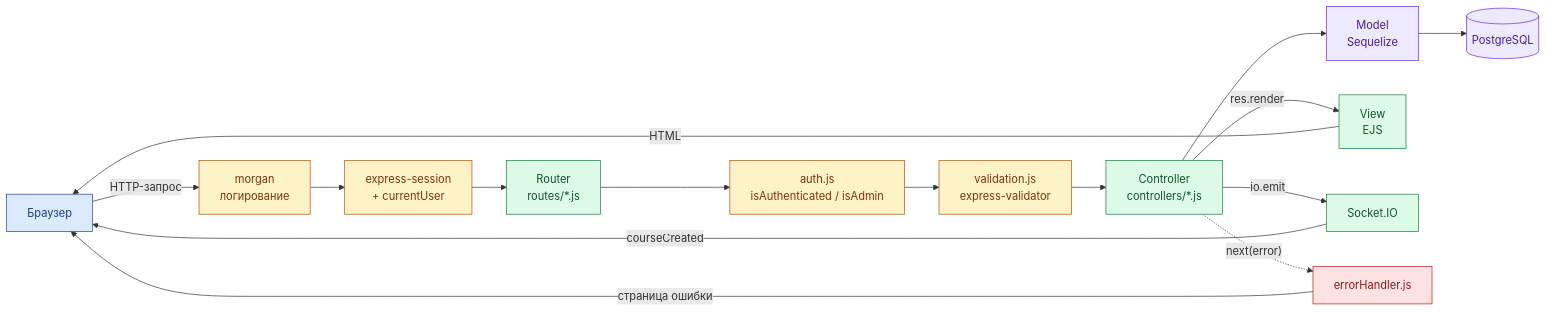
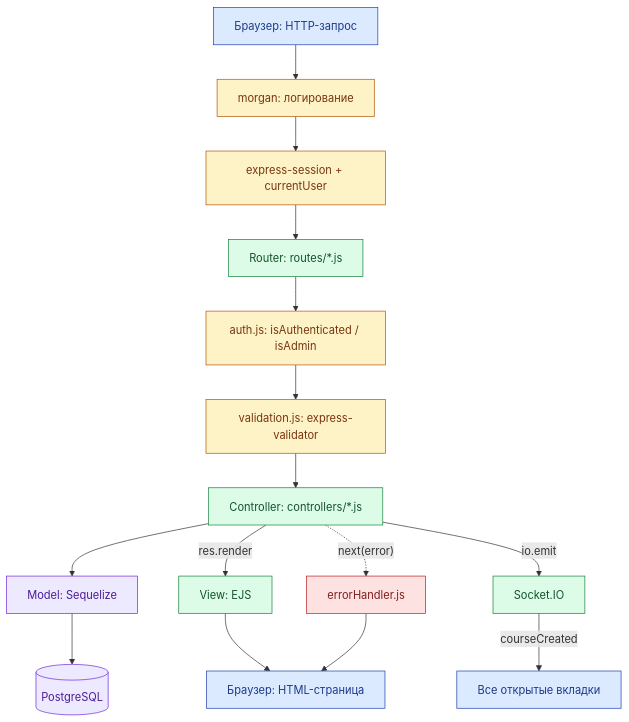
Before and after one commit to AlinaZabolotnaia/Server-Side-Applications: the first of 3 diagrams in individual_work/README.md, drawn with Mermaid.

Commit message:
Make individual work architecture diagram vertical

````diff
--- a/individual_work/README.md
+++ b/individual_work/README.md
@@ -71,28 +71,28 @@
 ```mermaid
-flowchart LR
-    B["Браузер"] -->|HTTP-запрос| L["morgan<br/>логирование"]
-    L --> S["express-session<br/>+ currentUser"]
-    S --> R["Router<br/>routes/*.js"]
-    R --> A["auth.js<br/>isAuthenticated / isAdmin"]
-    A --> V["validation.js<br/>express-validator"]
-    V --> C["Controller<br/>controllers/*.js"]
-    C --> M["Model<br/>Sequelize"]
+flowchart TB
+    B["Браузер: HTTP-запрос"] --> L["morgan: логирование"]
+    L --> S["express-session + currentUser"]
+    S --> R["Router: routes/*.js"]
+    R --> A["auth.js: isAuthenticated / isAdmin"]
+    A --> V["validation.js: express-validator"]
+    V --> C["Controller: controllers/*.js"]
+    C --> M["Model: Sequelize"]
     M --> DB[("PostgreSQL")]
-    C -->|res.render| VW["View<br/>EJS"]
-    VW -->|HTML| B
+    C -->|res.render| VW["View: EJS"]
     C -->|io.emit| WS["Socket.IO"]
-    WS -->|courseCreated| B
     C -.->|"next(error)"| E["errorHandler.js"]
-    E -->|страница ошибки| B
+    VW --> OUT["Браузер: HTML-страница"]
+    E --> OUT
+    WS -->|courseCreated| TABS["Все открытые вкладки"]
 
     classDef client fill:#dbeafe,stroke:#1e40af,color:#1e3a8a
     classDef mw fill:#fef3c7,stroke:#b45309,color:#78350f
     classDef core fill:#dcfce7,stroke:#15803d,color:#14532d
     classDef data fill:#ede9fe,stroke:#6d28d9,color:#4c1d95
     classDef err fill:#fee2e2,stroke:#b91c1c,color:#7f1d1d
-    class B client
+    class B,OUT,TABS client
     class L,S,A,V mw
     class R,C,VW,WS core
     class M,DB data
     class E err
 ```
````
